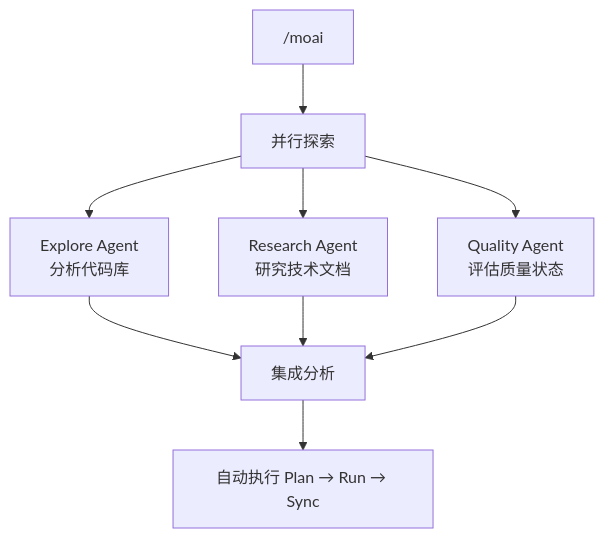
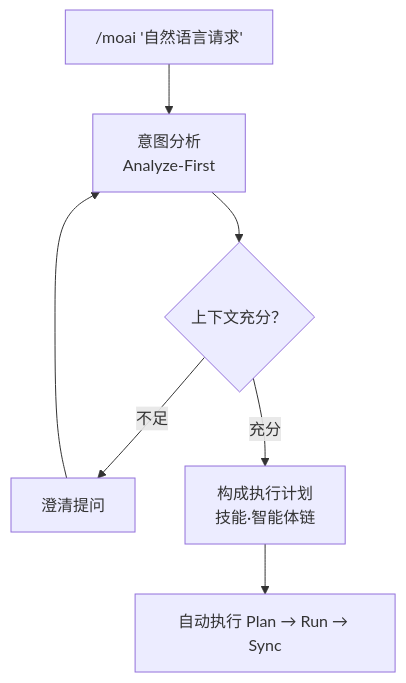
Before and after one commit to modu-ai/moai-adk: the eighth of 9 diagrams in docs-site/content/zh/getting-started/quickstart.md, drawn with Mermaid. The commit also changed other lines of this file and 395 other files, not shown here.

````diff
--- a/docs-site/content/zh/getting-started/quickstart.md
+++ b/docs-site/content/zh/getting-started/quickstart.md
@@ -290,13 +292,9 @@
 ```mermaid
 flowchart TB
-    A["/moai"] --> B[并行探索]
-    B --> C["Explore Agent<br>分析代码库"]
-    B --> D["Research Agent<br>研究技术文档"]
-    B --> E["Quality Agent<br>评估质量状态"]
-
-    C --> F[集成分析]
-    D --> F
-    E --> F
-
-    F --> G["自动执行 Plan → Run → Sync"]
+    A["/moai '自然语言请求'"] --> B["意图分析<br>Analyze-First"]
+    B --> C{"上下文充分？"}
+    C -->|"不足"| D["澄清提问"]
+    D --> B
+    C -->|"充分"| E["构成执行计划<br>技能·智能体链"]
+    E --> F["自动执行 Plan → Run → Sync"]
 ```
````
